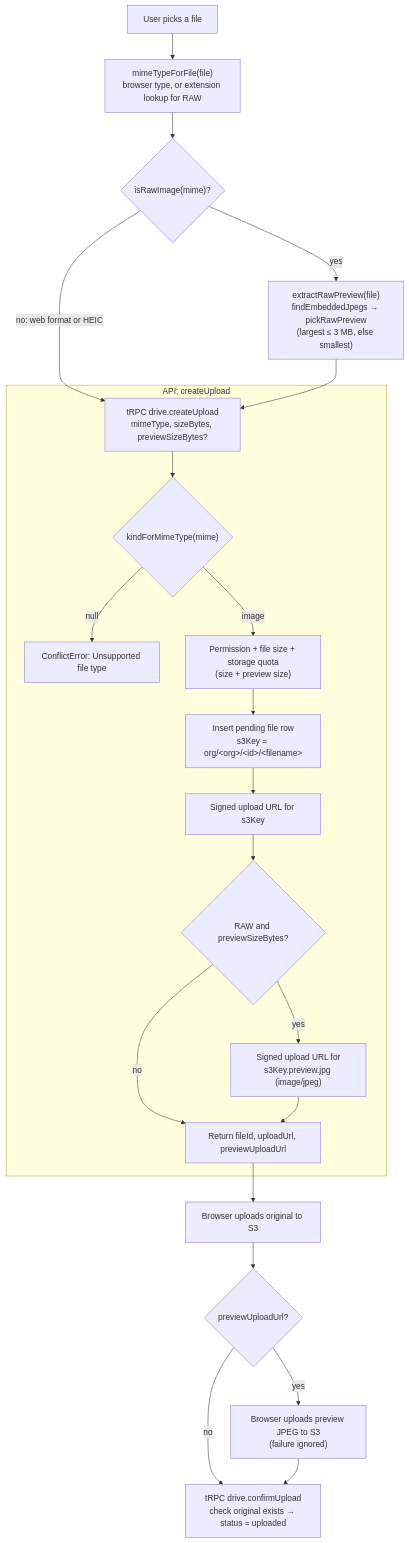
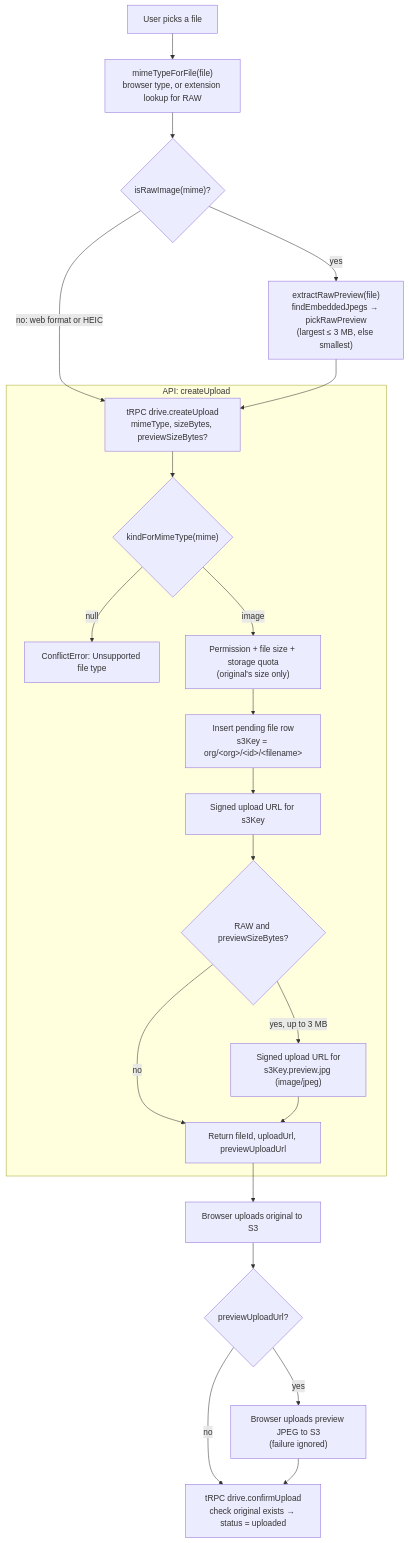
The first of 3 diagrams in packages/modules/src/drive/README.md (FaXaq/echo), drawn with Mermaid before and after one commit. The commit also changed other lines of this file and 58 other files, not shown here.

````diff
--- a/packages/modules/src/drive/README.md
+++ b/packages/modules/src/drive/README.md
@@ -17,26 +17,26 @@
 ```mermaid
 flowchart TD
     A[User picks a file] --> B["mimeTypeForFile(file)<br/>browser type, or extension lookup for RAW"]
     B --> C{"isRawImage(mime)?"}
     C -- "no: web format or HEIC" --> E
     C -- yes --> D["extractRawPreview(file)<br/>findEmbeddedJpegs → pickRawPreview<br/>(largest ≤ 3 MB, else smallest)"]
     D --> E["tRPC drive.createUpload<br/>mimeType, sizeBytes, previewSizeBytes?"]
 
     subgraph API ["API: createUpload"]
         E --> F{"kindForMimeType(mime)"}
         F -- null --> X[ConflictError: Unsupported file type]
-        F -- image --> G["Permission + file size + storage quota<br/>(size + preview size)"]
+        F -- image --> G["Permission + file size + storage quota<br/>(original's size only)"]
         G --> H["Insert pending file row<br/>s3Key = org/&lt;org&gt;/&lt;id&gt;/&lt;filename&gt;"]
         H --> I["Signed upload URL for s3Key"]
         I --> J{"RAW and previewSizeBytes?"}
-        J -- yes --> K["Signed upload URL for<br/>s3Key.preview.jpg (image/jpeg)"]
+        J -- "yes, up to 3 MB" --> K["Signed upload URL for<br/>s3Key.preview.jpg (image/jpeg)"]
         J -- no --> L
         K --> L["Return fileId, uploadUrl, previewUploadUrl"]
     end
 
     L --> M["Browser uploads original to S3"]
     M --> N{"previewUploadUrl?"}
     N -- yes --> O["Browser uploads preview JPEG to S3<br/>(failure ignored)"]
     N -- no --> P
     O --> P["tRPC drive.confirmUpload<br/>check original exists → status = uploaded"]
 ```
````
